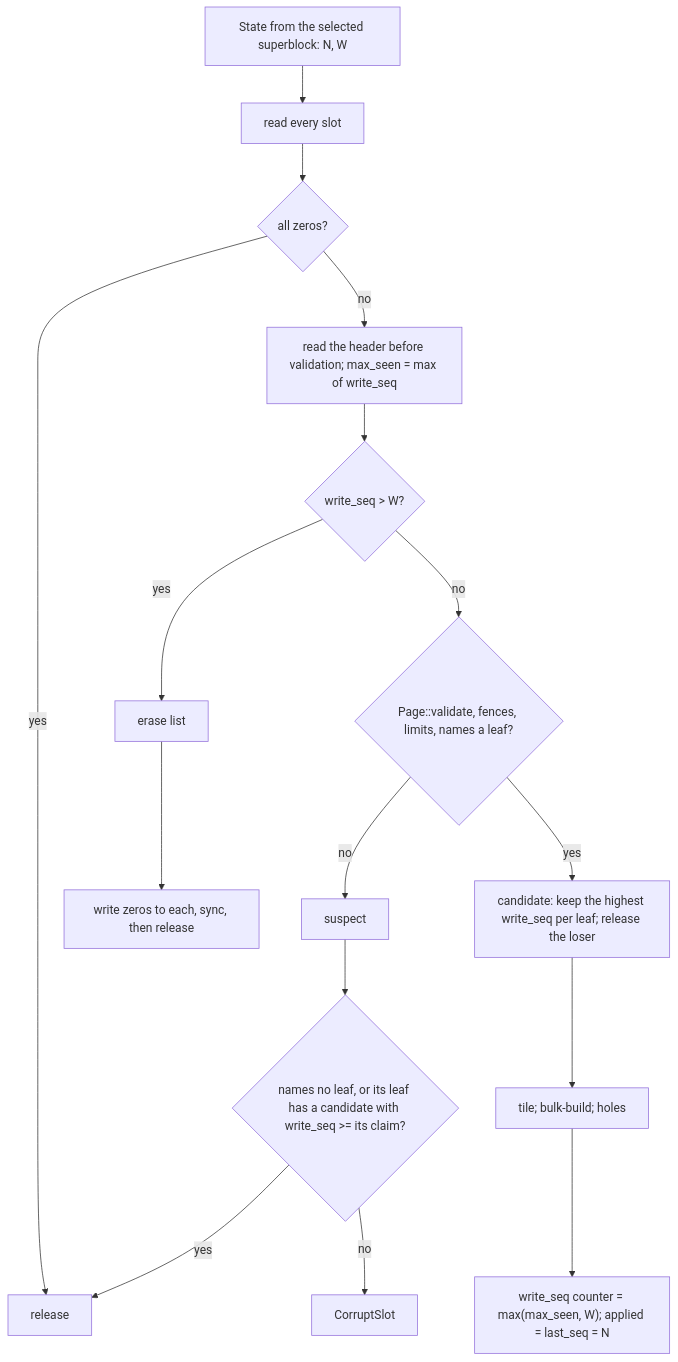
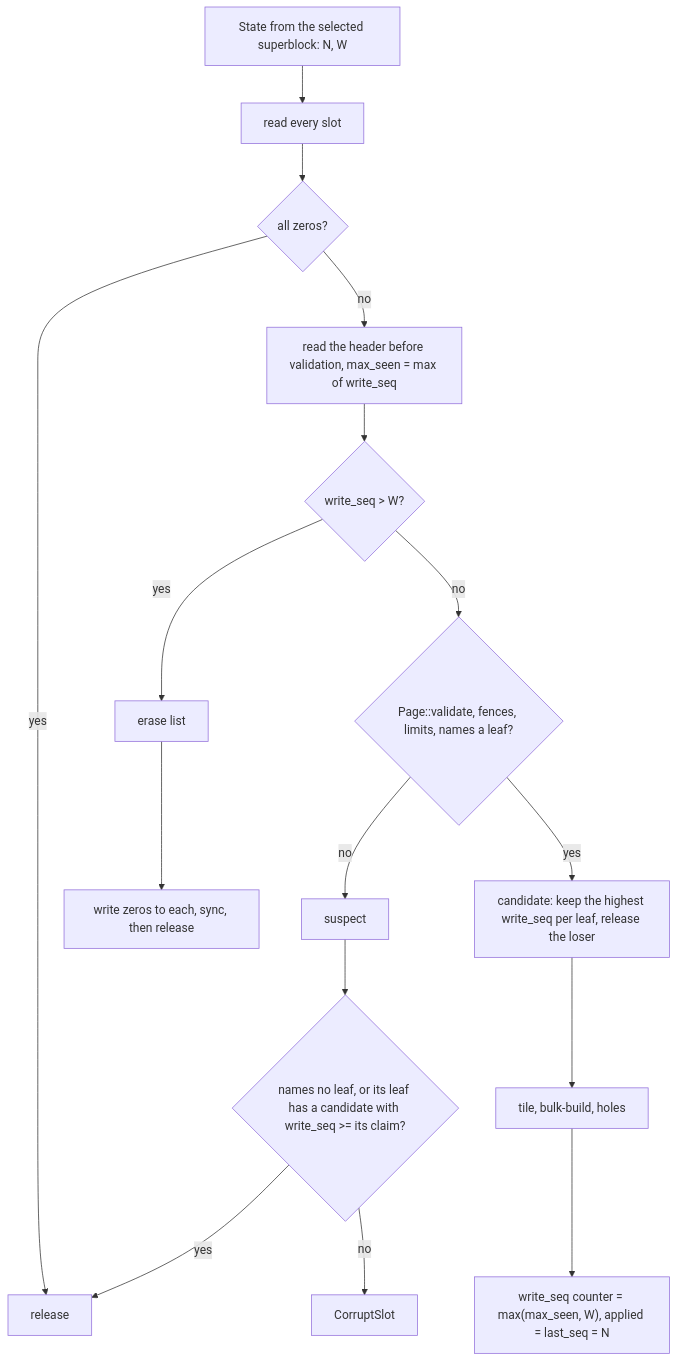
One commit to raydatray/peppydb changed the second of 2 diagrams in docs/plans/0018-bf-tree-checkpoint.md. Above: the diagram before and after it, drawn with Mermaid. The commit also changed other lines of this file and 11 other files, not shown here.

First line of the commit message:
[1/1][docs][mermaid] make every diagram parse

````diff
--- a/docs/plans/0018-bf-tree-checkpoint.md
+++ b/docs/plans/0018-bf-tree-checkpoint.md
@@ -254,18 +254,18 @@
 ```mermaid
 flowchart TD
     A[State from the selected superblock: N, W] --> B[read every slot]
     B --> Z{all zeros?}
     Z -->|yes| F[release]
-    Z -->|no| H[read the header before validation; max_seen = max of write_seq]
+    Z -->|no| H[read the header before validation, max_seen = max of write_seq]
     H --> W1{write_seq > W?}
     W1 -->|yes| X[erase list]
     W1 -->|no| V{Page::validate, fences, limits, names a leaf?}
     V -->|no| SU[suspect]
-    V -->|yes| C[candidate: keep the highest write_seq per leaf; release the loser]
+    V -->|yes| C[candidate: keep the highest write_seq per leaf, release the loser]
     SU --> SR{names no leaf, or its leaf has a candidate with write_seq >= its claim?}
     SR -->|yes| F
     SR -->|no| E[CorruptSlot]
     X --> ER[write zeros to each, sync, then release]
-    C --> T[tile; bulk-build; holes]
-    T --> R["write_seq counter = max(max_seen, W); applied = last_seq = N"]
+    C --> T[tile, bulk-build, holes]
+    T --> R["write_seq counter = max(max_seen, W), applied = last_seq = N"]
 ```
````
